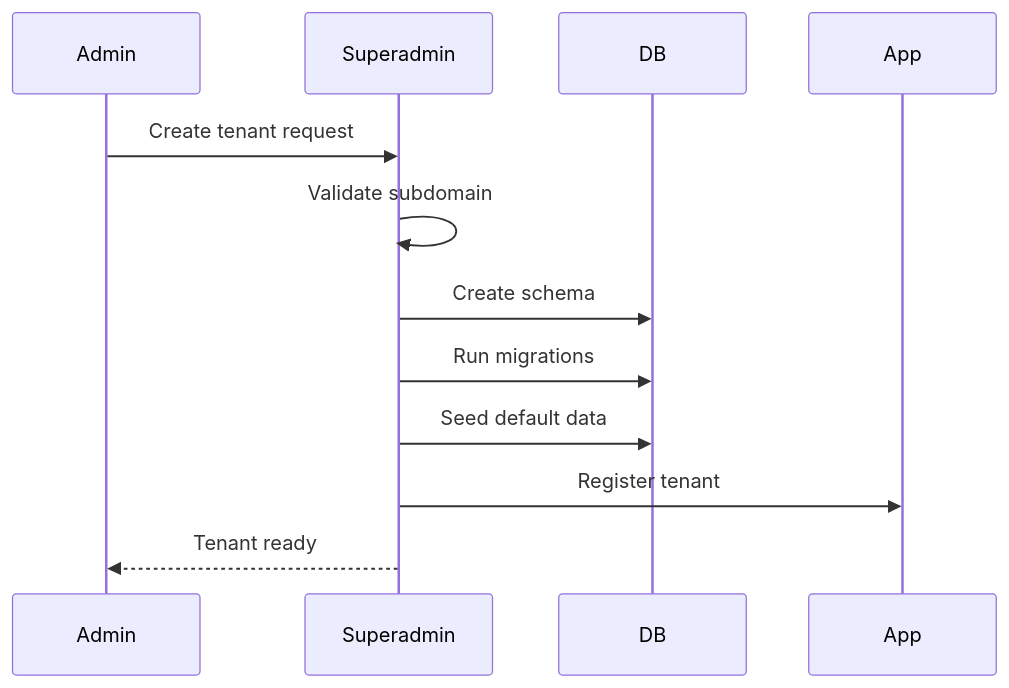
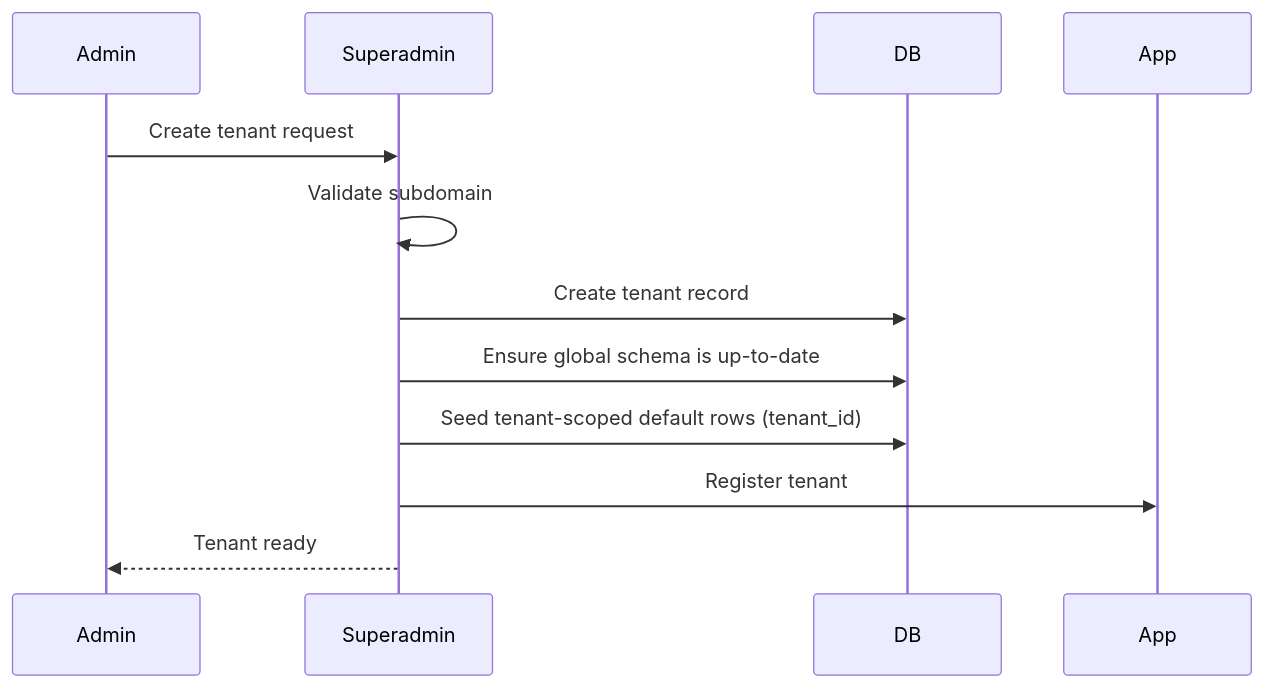
Before and after one commit to iota-uz/iota-sdk: the eighth of 10 diagrams in docs/content/architecture/multi-tenancy.mdx, drawn with Mermaid. The commit also changed other lines of this file and 38 other files, not shown here.

````diff
--- a/docs/content/architecture/multi-tenancy.mdx
+++ b/docs/content/architecture/multi-tenancy.mdx
@@ -209,15 +179,15 @@
 ```mermaid
 sequenceDiagram
     participant Admin
     participant Superadmin
     participant DB
     participant App
     
     Admin->>Superadmin: Create tenant request
     Superadmin->>Superadmin: Validate subdomain
-    Superadmin->>DB: Create schema
-    Superadmin->>DB: Run migrations
-    Superadmin->>DB: Seed default data
+    Superadmin->>DB: Create tenant record
+    Superadmin->>DB: Ensure global schema is up-to-date
+    Superadmin->>DB: Seed tenant-scoped default rows (tenant_id)
     Superadmin->>App: Register tenant
     Superadmin-->>Admin: Tenant ready
 ```
````
